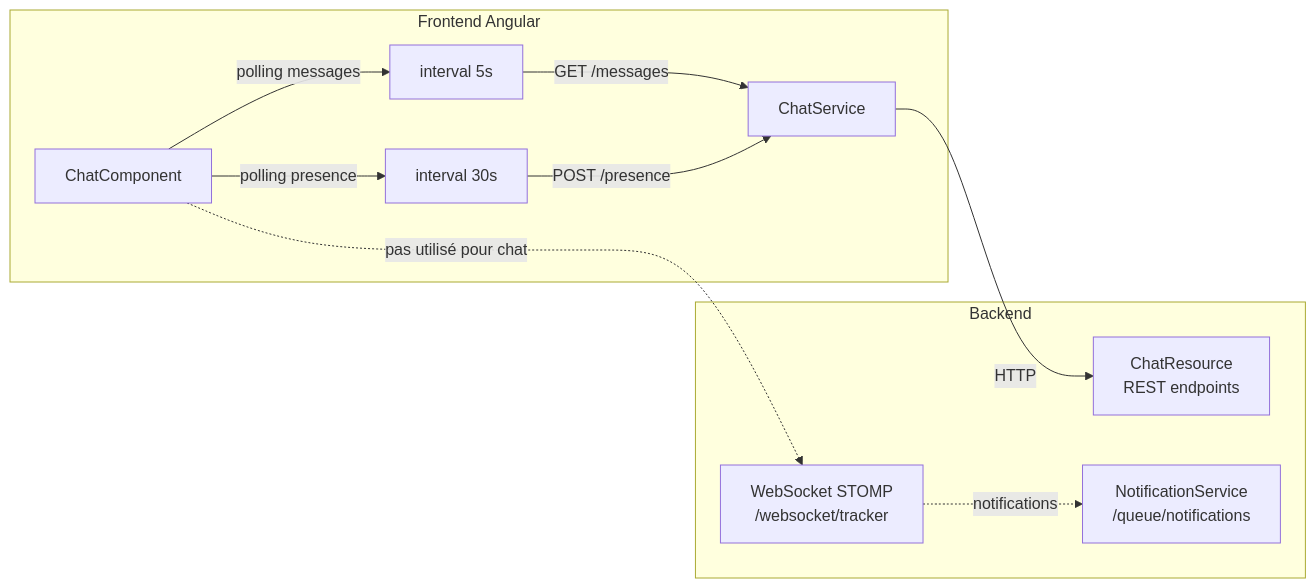
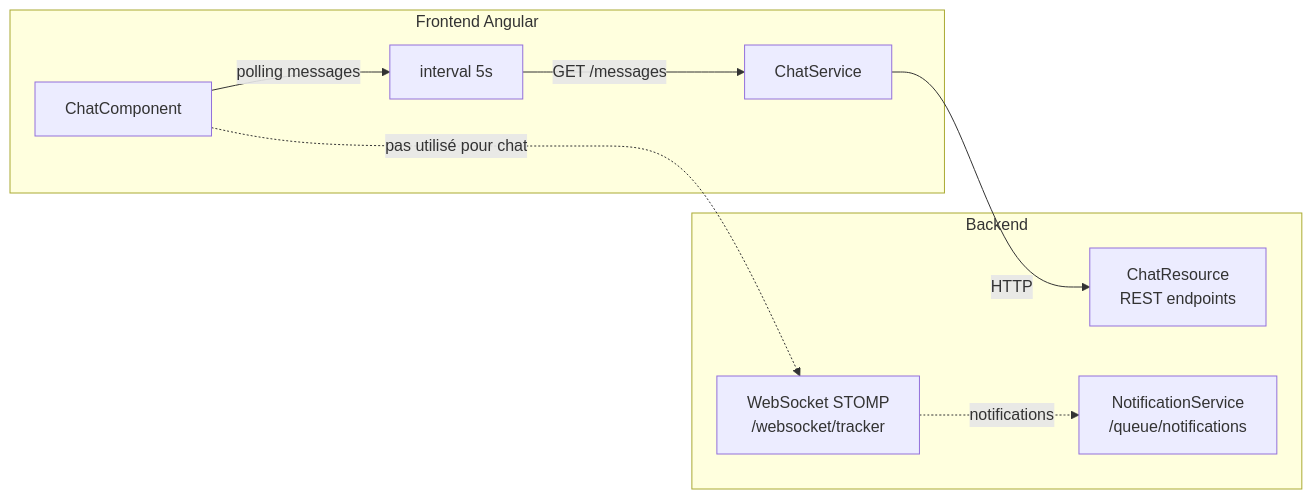
One commit to 24231-Brahim/gestion_taches changed the diagram in docs/technique/chat-temps-reel.md. Above: the diagram before and after it, drawn with Mermaid. The commit also changed other lines of this file and 68 other files, not shown here.

````diff
--- a/docs/technique/chat-temps-reel.md
+++ b/docs/technique/chat-temps-reel.md
@@ -10,23 +10,20 @@
 ```mermaid
 graph LR
     subgraph "Frontend Angular"
         A[ChatComponent]
         B[interval 5s]
-        C[interval 30s]
         D[ChatService]
     end
 
     subgraph "Backend"
         E[ChatResource<br/>REST endpoints]
         F[WebSocket STOMP<br/>/websocket/tracker]
         G[NotificationService<br/>/queue/notifications]
     end
 
     A -->|polling messages| B
     B -->|GET /messages| D
-    A -->|polling presence| C
-    C -->|POST /presence| D
     D -->|HTTP| E
     A -.->|pas utilisé pour chat| F
     F -.->|notifications| G
 ```
````
